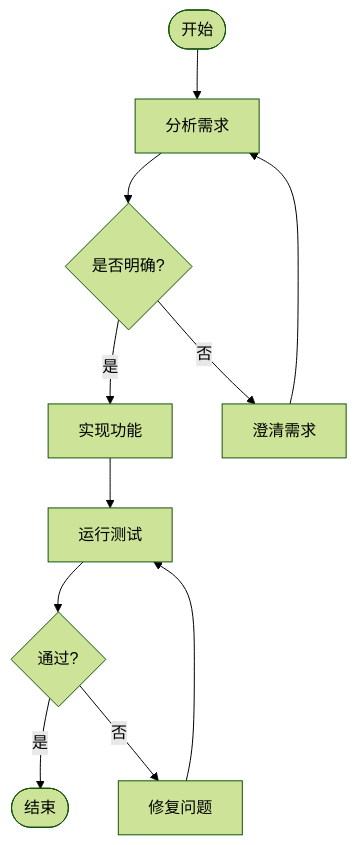
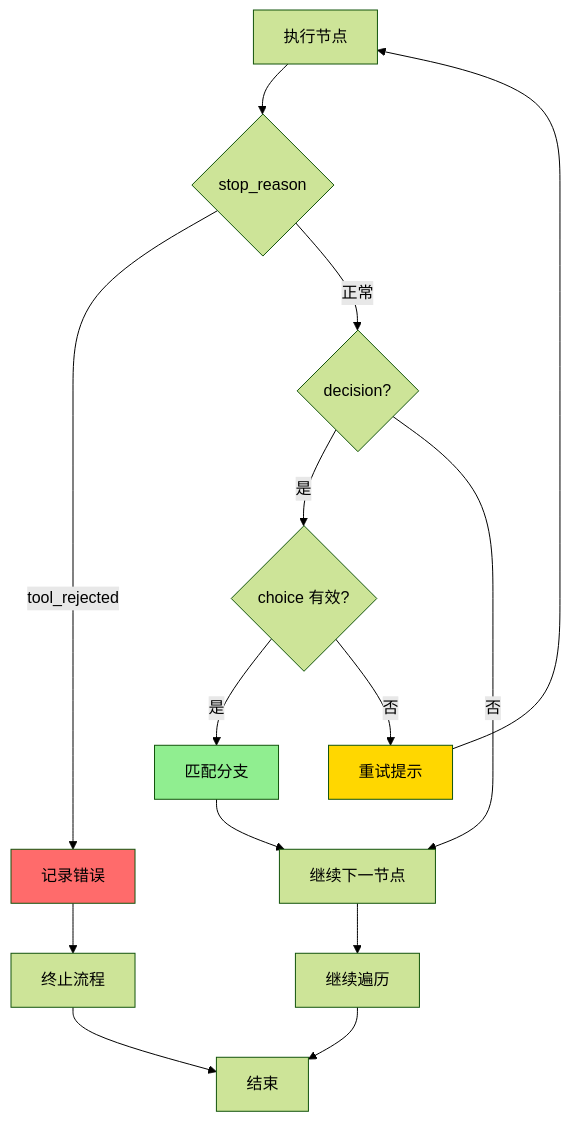
One commit to giraffe-tree/agent-base changed the seventh of 11 diagrams in docs/kimi-cli/questions/kimi-cli-plan-and-execute.md. Above: the diagram before and after it, drawn with Mermaid (forest theme). The commit also changed other lines of this file and 24 other files, not shown here.

````diff
--- a/docs/kimi-cli/questions/kimi-cli-plan-and-execute.md
+++ b/docs/kimi-cli/questions/kimi-cli-plan-and-execute.md
@@ -177,13 +409,24 @@
 ```mermaid
 flowchart TD
-    BEGIN([开始]) --> ANALYZE[分析需求]
-    ANALYZE --> DECISION{是否明确?}
-    DECISION -->|是| IMPLEMENT[实现功能]
-    DECISION -->|否| CLARIFY[澄清需求]
-    CLARIFY --> ANALYZE
-    IMPLEMENT --> TEST[运行测试]
-    TEST --> PASS{通过?}
-    PASS -->|是| END([结束])
-    PASS -->|否| FIX[修复问题]
-    FIX --> TEST
+    E[执行节点] --> E1{stop_reason}
+    E1 -->|tool_rejected| R1[记录错误]
+    E1 -->|正常| R2{decision?}
+
+    R2 -->|是| R3{choice 有效?}
+    R2 -->|否| R4[继续下一节点]
+
+    R3 -->|是| R5[匹配分支]
+    R3 -->|否| R6[重试提示]
+    R6 --> E
+
+    R1 --> R7[终止流程]
+    R5 --> R4
+    R4 --> R8[继续遍历]
+
+    R7 --> End[结束]
+    R8 --> End
+
+    style R1 fill:#FF6B6B
+    style R6 fill:#FFD700
+    style R5 fill:#90EE90
 ```
````
